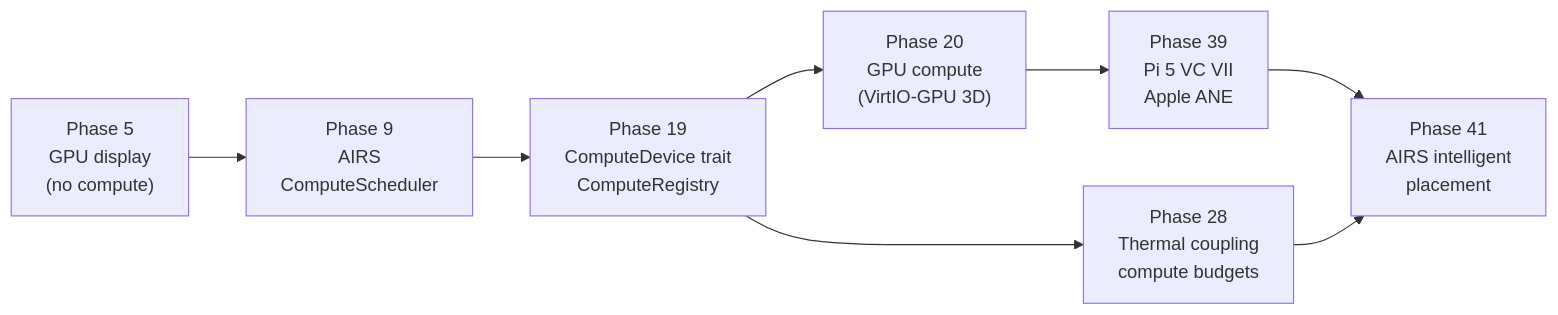
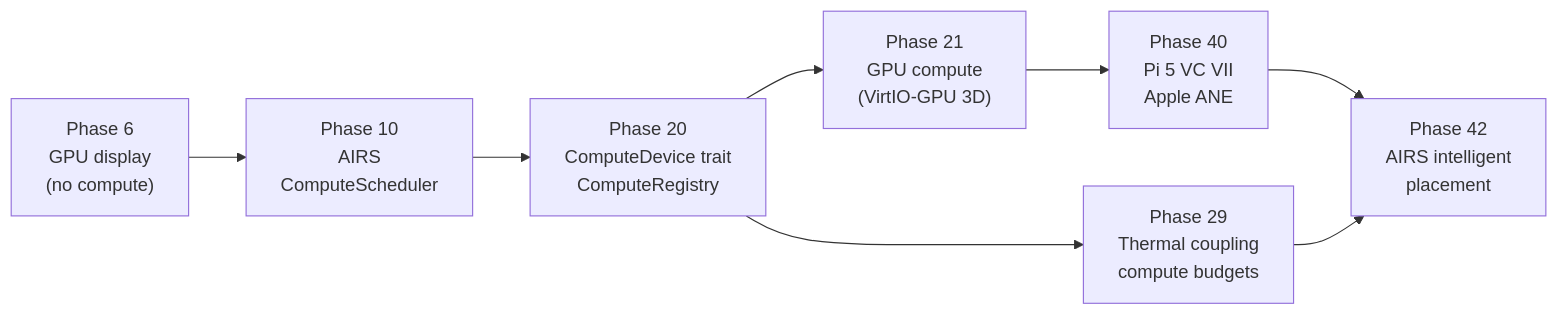
Before and after one commit to juslee/aios: the third of 3 diagrams in docs/kernel/compute.md, drawn with Mermaid. The commit also changed other lines of this file and 135 other files, not shown here.

First line of the commit message:
Renumber Phase 5→6 through Phase 46→47 across architecture docs

````diff
--- a/docs/kernel/compute.md
+++ b/docs/kernel/compute.md
@@ -132,17 +132,17 @@
 ```mermaid
 flowchart LR
-    P5["Phase 5\nGPU display\n(no compute)"]
-    P9["Phase 9\nAIRS\nComputeScheduler"]
-    P19["Phase 19\nComputeDevice trait\nComputeRegistry"]
-    P28["Phase 28\nThermal coupling\ncompute budgets"]
-    P20["Phase 20\nGPU compute\n(VirtIO-GPU 3D)"]
-    P39["Phase 39\nPi 5 VC VII\nApple ANE"]
-    P41["Phase 41\nAIRS intelligent\nplacement"]
+    P5["Phase 6\nGPU display\n(no compute)"]
+    P9["Phase 10\nAIRS\nComputeScheduler"]
+    P19["Phase 20\nComputeDevice trait\nComputeRegistry"]
+    P28["Phase 29\nThermal coupling\ncompute budgets"]
+    P20["Phase 21\nGPU compute\n(VirtIO-GPU 3D)"]
+    P39["Phase 40\nPi 5 VC VII\nApple ANE"]
+    P41["Phase 42\nAIRS intelligent\nplacement"]
 
     P5 --> P9 --> P19
     P19 --> P28
     P19 --> P20
     P20 --> P39
     P39 --> P41
     P28 --> P41
 ```
````
